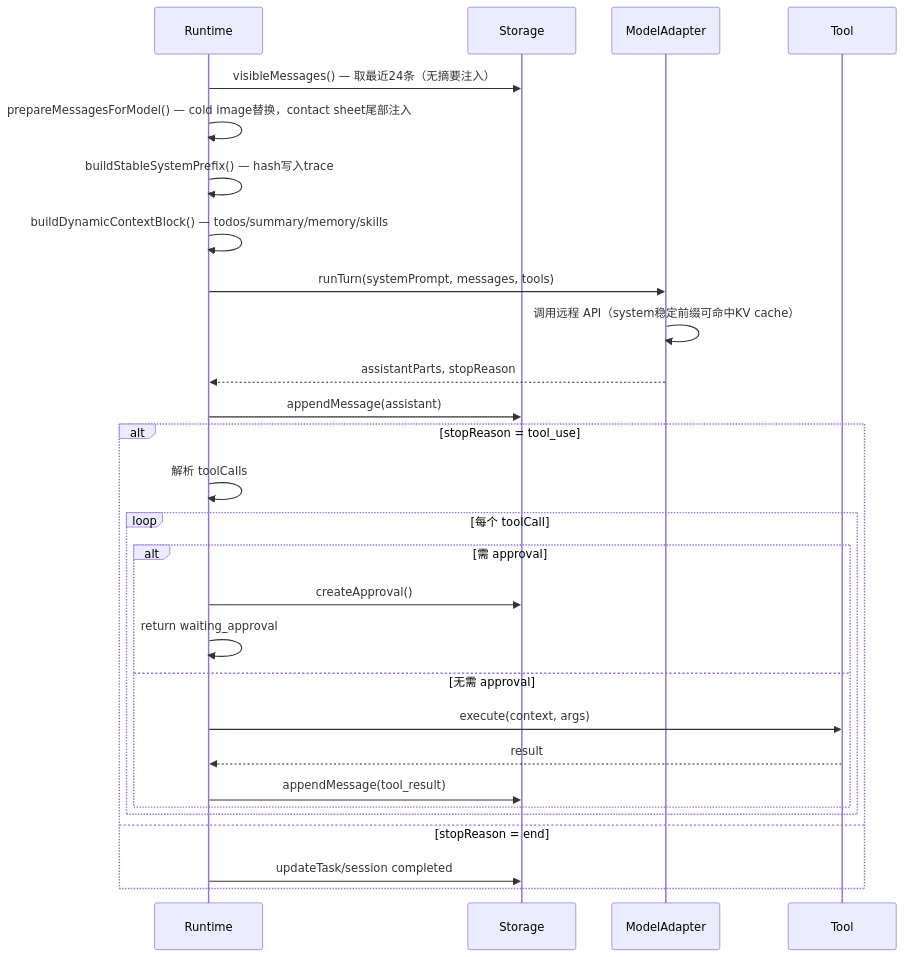
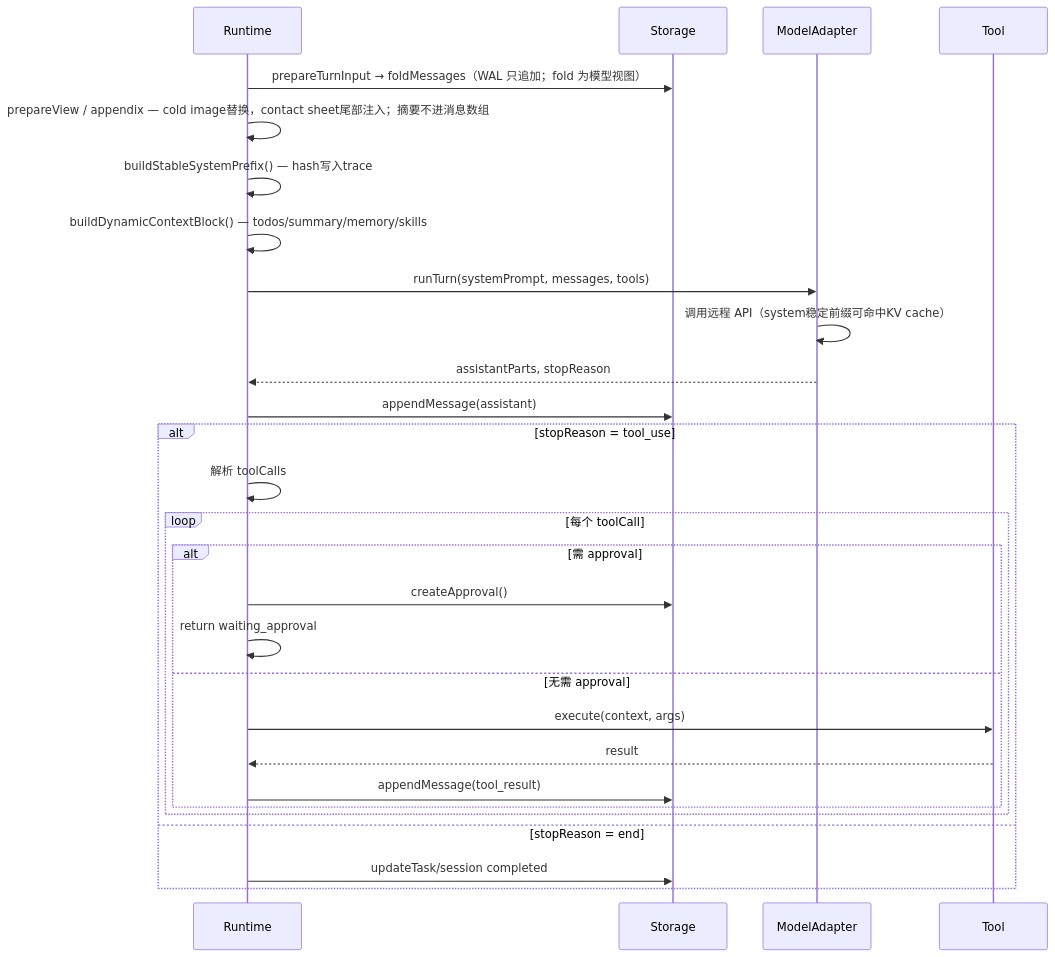
Before and after one commit to magele758/ppeng-agent-core: the eighth of 8 diagrams in doc/ARCHITECTURE.md, drawn with Mermaid. The commit also changed other lines of this file and 2 other files, not shown here.

First line of the commit message:
docs: align architecture with WAL fold and L0-L6 subpaths

````diff
--- a/doc/ARCHITECTURE.md
+++ b/doc/ARCHITECTURE.md
@@ -516,32 +533,32 @@
 ```mermaid
 sequenceDiagram
     participant R as Runtime
     participant S as Storage
     participant M as ModelAdapter
     participant T as Tool
 
-    R->>S: visibleMessages() — 取最近24条（无摘要注入）
-    R->>R: prepareMessagesForModel() — cold image替换，contact sheet尾部注入
+    R->>S: prepareTurnInput → foldMessages（WAL 只追加；fold 为模型视图）
+    R->>R: prepareView / appendix — cold image替换，contact sheet尾部注入；摘要不进消息数组
     R->>R: buildStableSystemPrefix() — hash写入trace
     R->>R: buildDynamicContextBlock() — todos/summary/memory/skills
     R->>M: runTurn(systemPrompt, messages, tools)
     M->>M: 调用远程 API（system稳定前缀可命中KV cache）
     M-->>R: assistantParts, stopReason
     R->>S: appendMessage(assistant)
 
     alt stopReason = tool_use
         R->>R: 解析 toolCalls
         loop 每个 toolCall
             alt 需 approval
                 R->>S: createApproval()
                 R->>R: return waiting_approval
             else 无需 approval
                 R->>T: execute(context, args)
                 T-->>R: result
                 R->>S: appendMessage(tool_result)
             end
         end
     else stopReason = end
         R->>S: updateTask/session completed
     end
 ```
````
